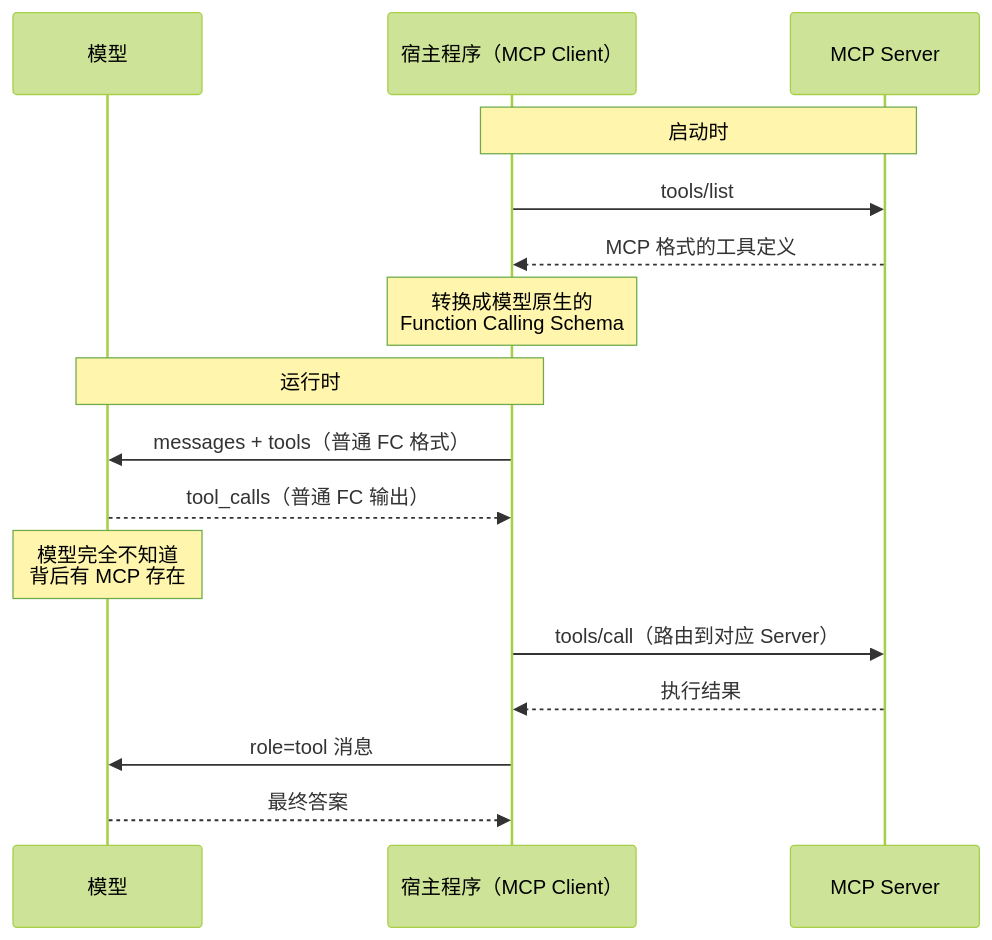
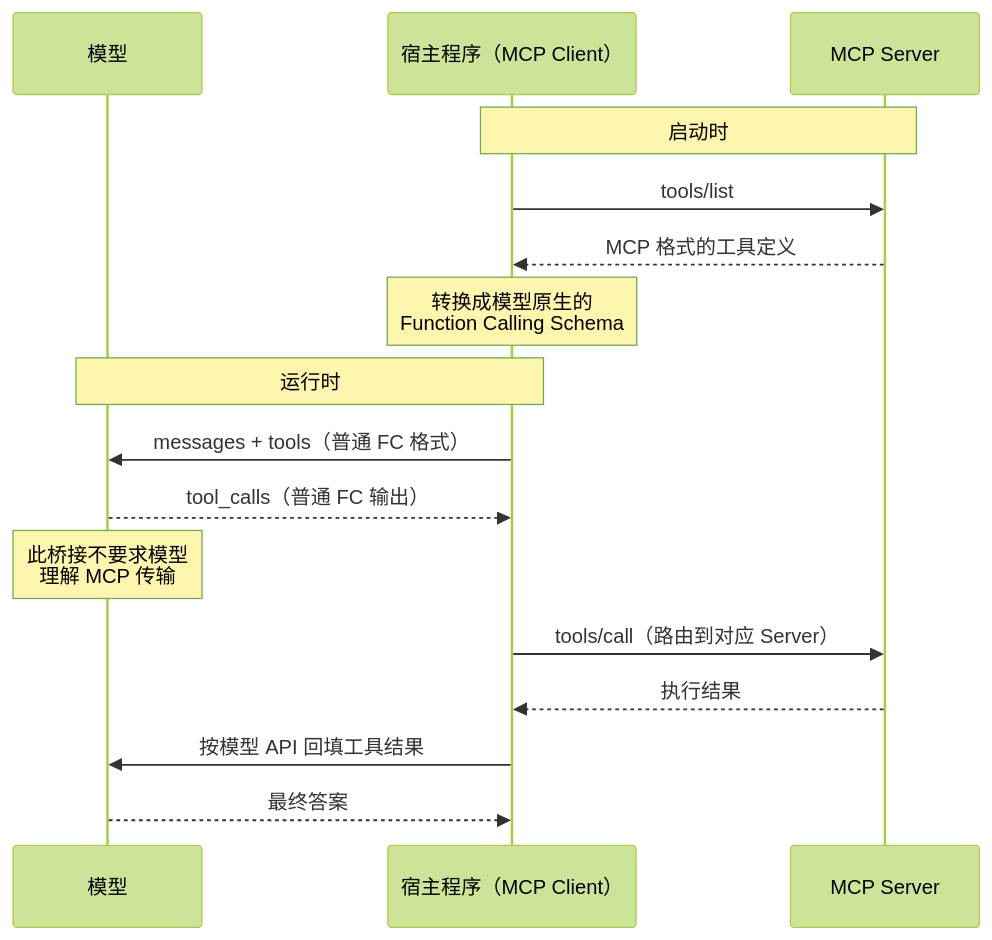
Before and after one commit to oneleaveknowsthefall/awesome-ai-roadmap: the second of 3 diagrams in docs/tools/02-mcp/06-mcp-vs-function-calling.md, drawn with Mermaid (forest theme). The commit also changed other lines of this file and 50 other files, not shown here.

````diff
--- a/docs/tools/02-mcp/06-mcp-vs-function-calling.md
+++ b/docs/tools/02-mcp/06-mcp-vs-function-calling.md
@@ -49,20 +49,20 @@
 ```mermaid
 sequenceDiagram
     participant M as 模型
     participant H as 宿主程序（MCP Client）
     participant S as MCP Server
 
     Note over H,S: 启动时
     H->>S: tools/list
     S-->>H: MCP 格式的工具定义
     Note over H: 转换成模型原生的<br/>Function Calling Schema
 
     Note over M,H: 运行时
     H->>M: messages + tools（普通 FC 格式）
     M-->>H: tool_calls（普通 FC 输出）
-    Note over M: 模型完全不知道<br/>背后有 MCP 存在
+    Note over M: 此桥接不要求模型<br/>理解 MCP 传输
     H->>S: tools/call（路由到对应 Server）
     S-->>H: 执行结果
-    H->>M: role=tool 消息
+    H->>M: 按模型 API 回填工具结果
     M-->>H: 最终答案
 ```
````
